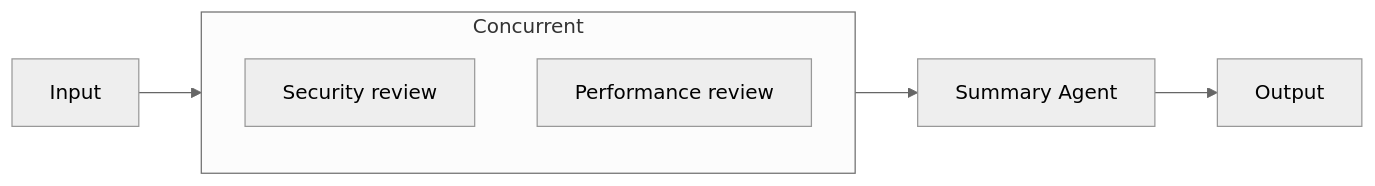
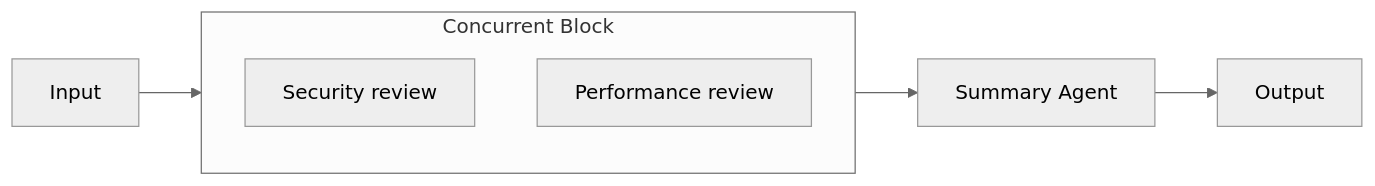
One commit to zxyao145/agw changed the second of 2 diagrams in site/content/docs/guides/agentflows.en.md. Above: the diagram before and after it, drawn with Mermaid (neutral theme). The commit also changed other lines of this file and 59 other files, not shown here.

````diff
--- a/site/content/docs/guides/agentflows.en.md
+++ b/site/content/docs/guides/agentflows.en.md
@@ -117,9 +123,9 @@
 ```mermaid
 flowchart LR
     I[Input] --> C
-    subgraph C[Concurrent]
+    subgraph C[Concurrent Block]
         A[Security review]
         B[Performance review]
     end
     C --> S[Summary Agent] --> O[Output]
 ```
````
